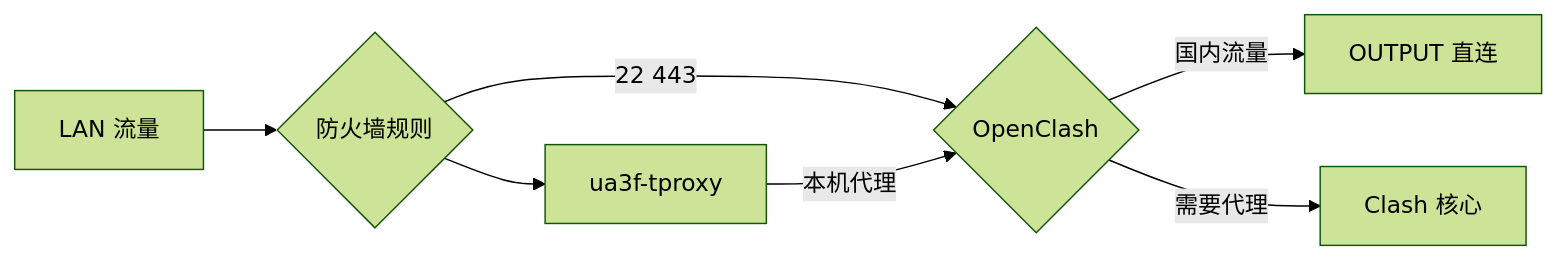
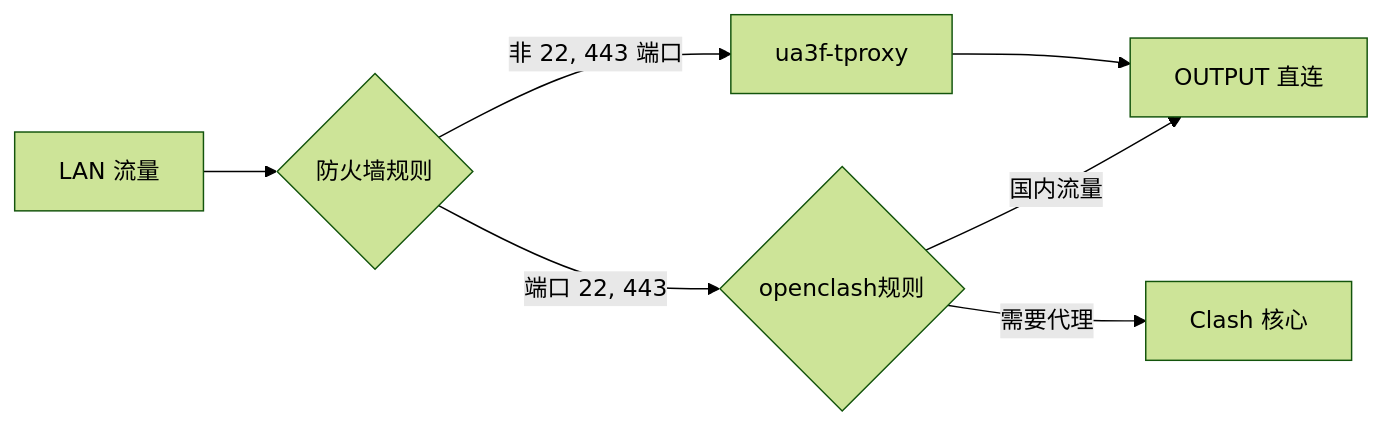
The fourth of 4 diagrams in README.md (Zesuy/UA-Mask), drawn with Mermaid (forest theme) before and after one commit. The commit also changed other lines of this file, not shown here.

````diff
--- a/README.md
+++ b/README.md
@@ -87,11 +89,11 @@
 ```mermaid
 graph LR
     A[LAN 流量] --> B{防火墙规则}
-    B -->|22 443| C{OpenClash}
-    B --> D[ua3f-tproxy]
+    B -->|端口 22, 443| C{openclash规则}
+    B -->|非 22, 443 端口| D[ua3f-tproxy]
     
     C -->|国内流量| E[OUTPUT 直连]
     C -->|需要代理| F[Clash 核心]
     
-    D --本机代理--> C{OpenClash}
+    D --> E[OUTPUT 直连]
 ```
````
